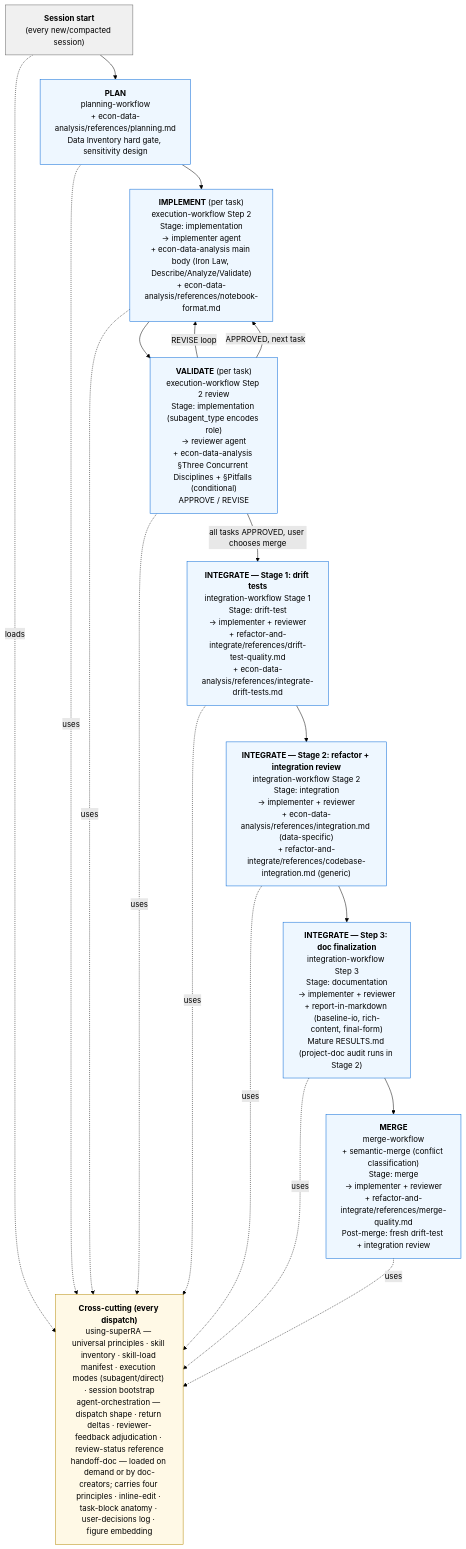
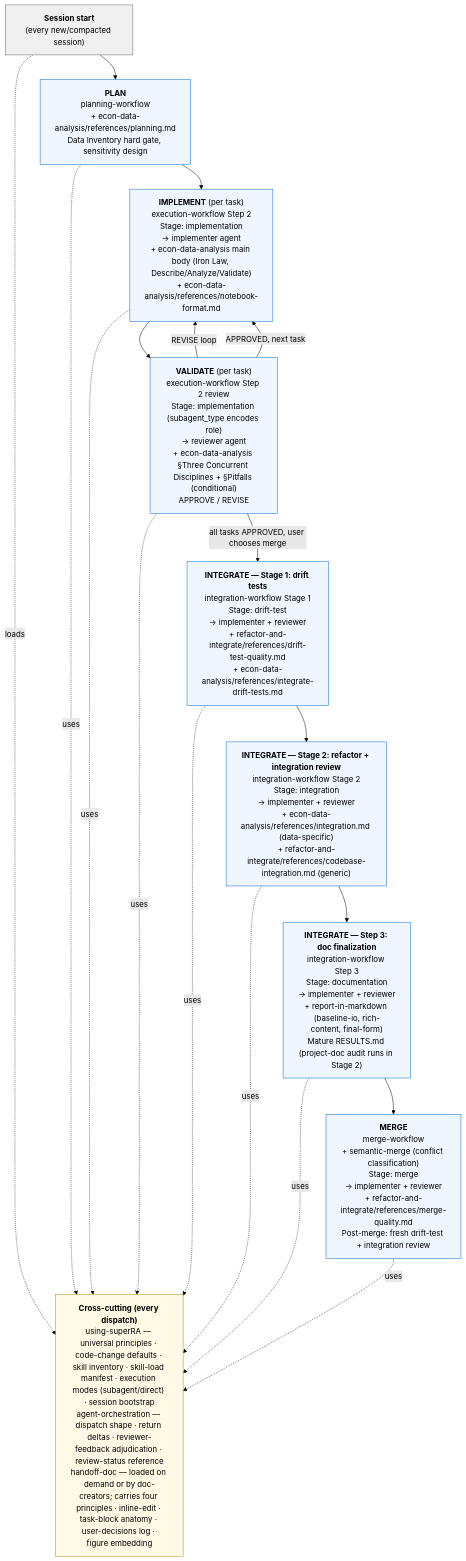
One commit to FuZhiyu/superRA changed the diagram in README.md. Above: the diagram before and after it, drawn with Mermaid (forest theme). The commit also changed other lines of this file and 2 other files, not shown here.

Commit message:
agents: stop leaving coding defaults implicit

````diff
--- a/README.md
+++ b/README.md
@@ -49,45 +49,45 @@
 ```mermaid
 flowchart TB
     SESSION["<b>Session start</b><br/>(every new/compacted session)"]
     SESSION --> PLAN
 
     PLAN["<b>PLAN</b><br/>planning-workflow<br/>+ econ-data-analysis/references/planning.md<br/>Data Inventory hard gate, sensitivity design"]
     PLAN --> IMPL
 
     IMPL["<b>IMPLEMENT</b> (per task)<br/>execution-workflow Step 2<br/>Stage: implementation<br/>→ implementer agent<br/>+ econ-data-analysis main body (Iron Law, Describe/Analyze/Validate)<br/>+ econ-data-analysis/references/notebook-format.md"]
     IMPL --> VAL
 
     VAL["<b>VALIDATE</b> (per task)<br/>execution-workflow Step 2 review<br/>Stage: implementation (subagent_type encodes role)<br/>→ reviewer agent<br/>+ econ-data-analysis §Three Concurrent Disciplines + §Pitfalls (conditional)<br/>APPROVE / REVISE"]
     VAL -->|REVISE loop| IMPL
     VAL -->|APPROVED, next task| IMPL
     VAL -->|all tasks APPROVED, user chooses merge| INT1
 
     INT1["<b>INTEGRATE — Stage 1: drift tests</b><br/>integration-workflow Stage 1<br/>Stage: drift-test<br/>→ implementer + reviewer<br/>+ refactor-and-integrate/references/drift-test-quality.md<br/>+ econ-data-analysis/references/integrate-drift-tests.md"]
     INT1 --> INT2
 
     INT2["<b>INTEGRATE — Stage 2: refactor + integration review</b><br/>integration-workflow Stage 2<br/>Stage: integration<br/>→ implementer + reviewer<br/>+ econ-data-analysis/references/integration.md (data-specific)<br/>+ refactor-and-integrate/references/codebase-integration.md (generic)"]
     INT2 --> INT3
 
     INT3["<b>INTEGRATE — Step 3: doc finalization</b><br/>integration-workflow Step 3<br/>Stage: documentation<br/>→ implementer + reviewer<br/>+ report-in-markdown (baseline-io, rich-content, final-form)<br/>Mature RESULTS.md (project-doc audit runs in Stage 2)"]
     INT3 --> MERGE
 
     MERGE["<b>MERGE</b><br/>merge-workflow<br/>+ semantic-merge (conflict classification)<br/>Stage: merge<br/>→ implementer + reviewer<br/>+ refactor-and-integrate/references/merge-quality.md<br/>Post-merge: fresh drift-test + integration review"]
 
-    CROSS["<b>Cross-cutting (every dispatch)</b><br/>using-superRA — universal principles · skill inventory · skill-load manifest · execution modes (subagent/direct) · session bootstrap<br/>agent-orchestration — dispatch shape · return deltas · reviewer-feedback adjudication · review-status reference<br/>handoff-doc — loaded on demand or by doc-creators; carries four principles · inline-edit · task-block anatomy · user-decisions log · figure embedding"]
+    CROSS["<b>Cross-cutting (every dispatch)</b><br/>using-superRA — universal principles · code-change defaults · skill inventory · skill-load manifest · execution modes (subagent/direct) · session bootstrap<br/>agent-orchestration — dispatch shape · return deltas · reviewer-feedback adjudication · review-status reference<br/>handoff-doc — loaded on demand or by doc-creators; carries four principles · inline-edit · task-block anatomy · user-decisions log · figure embedding"]
 
     SESSION -.loads.-> CROSS
     PLAN -.uses.-> CROSS
     IMPL -.uses.-> CROSS
     VAL -.uses.-> CROSS
     INT1 -.uses.-> CROSS
     INT2 -.uses.-> CROSS
     INT3 -.uses.-> CROSS
     MERGE -.uses.-> CROSS
 
     classDef phase fill:#eef7ff,stroke:#0366d6,stroke-width:1px,color:#000
     classDef cross fill:#fff9e6,stroke:#b58900,stroke-width:1px,color:#000
     classDef session fill:#f0f0f0,stroke:#666,color:#000
     class PLAN,IMPL,VAL,INT1,INT2,INT3,MERGE phase
     class CROSS cross
     class SESSION session
 ```
````
